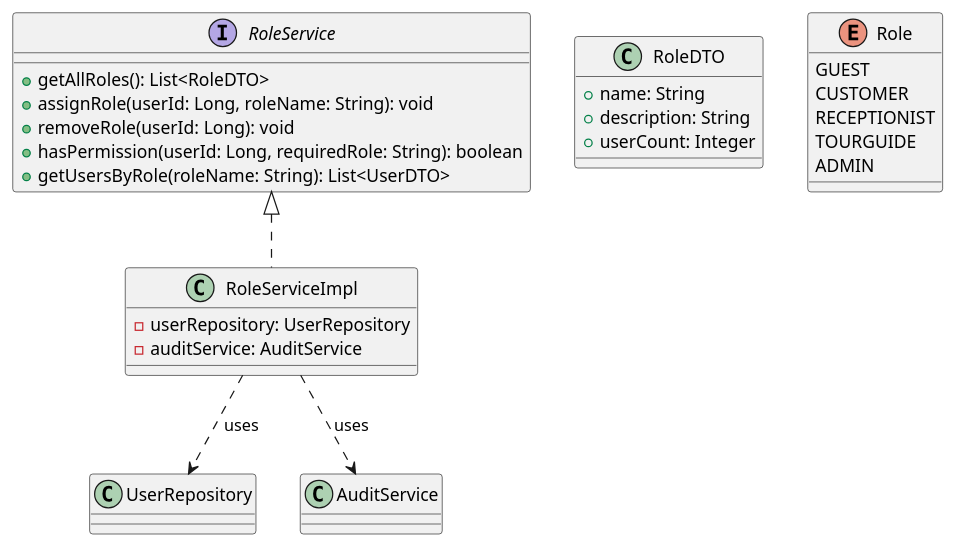
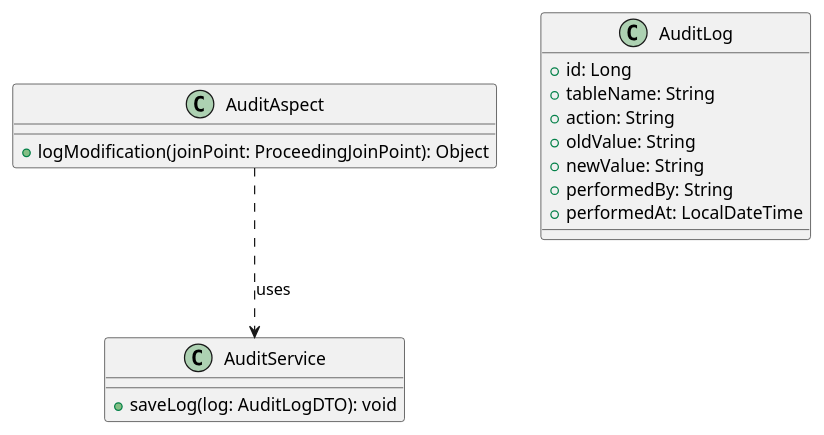
The first of 2 diagrams in 06-Testing/mod1_auth/uc05/EDS_uc05_SPEC.md (Luuxinhxinh/hoanien-resort), drawn with PlantUML before and after one commit. The commit also changed other lines of this file and 81 other files, not shown here.

````diff
--- a/06-Testing/mod1_auth/uc05/EDS_uc05_SPEC.md
+++ b/06-Testing/mod1_auth/uc05/EDS_uc05_SPEC.md
@@ -117,33 +102,23 @@
 ```plantuml
 @startuml
-interface RoleService {
-  +getAllRoles(): List<RoleDTO>
-  +assignRole(userId: Long, roleName: String): void
-  +removeRole(userId: Long): void
-  +hasPermission(userId: Long, requiredRole: String): boolean
-  +getUsersByRole(roleName: String): List<UserDTO>
+class AuditAspect {
+  +logModification(joinPoint: ProceedingJoinPoint): Object
 }
 
-class RoleServiceImpl implements RoleService {
-  -userRepository: UserRepository
-  -auditService: AuditService
+class AuditService {
+  +saveLog(log: AuditLogDTO): void
 }
 
-class RoleDTO {
-  +name: String
-  +description: String
-  +userCount: Integer
+class AuditLog {
+  +id: Long
+  +tableName: String
+  +action: String
+  +oldValue: String
+  +newValue: String
+  +performedBy: String
+  +performedAt: LocalDateTime
 }
 
-enum Role {
-  GUEST
-  CUSTOMER
-  RECEPTIONIST
-  TOURGUIDE
-  ADMIN
-}
-
-RoleServiceImpl ..> UserRepository : uses
-RoleServiceImpl ..> AuditService : uses
+AuditAspect ..> AuditService : uses
 @enduml
 ```
````
